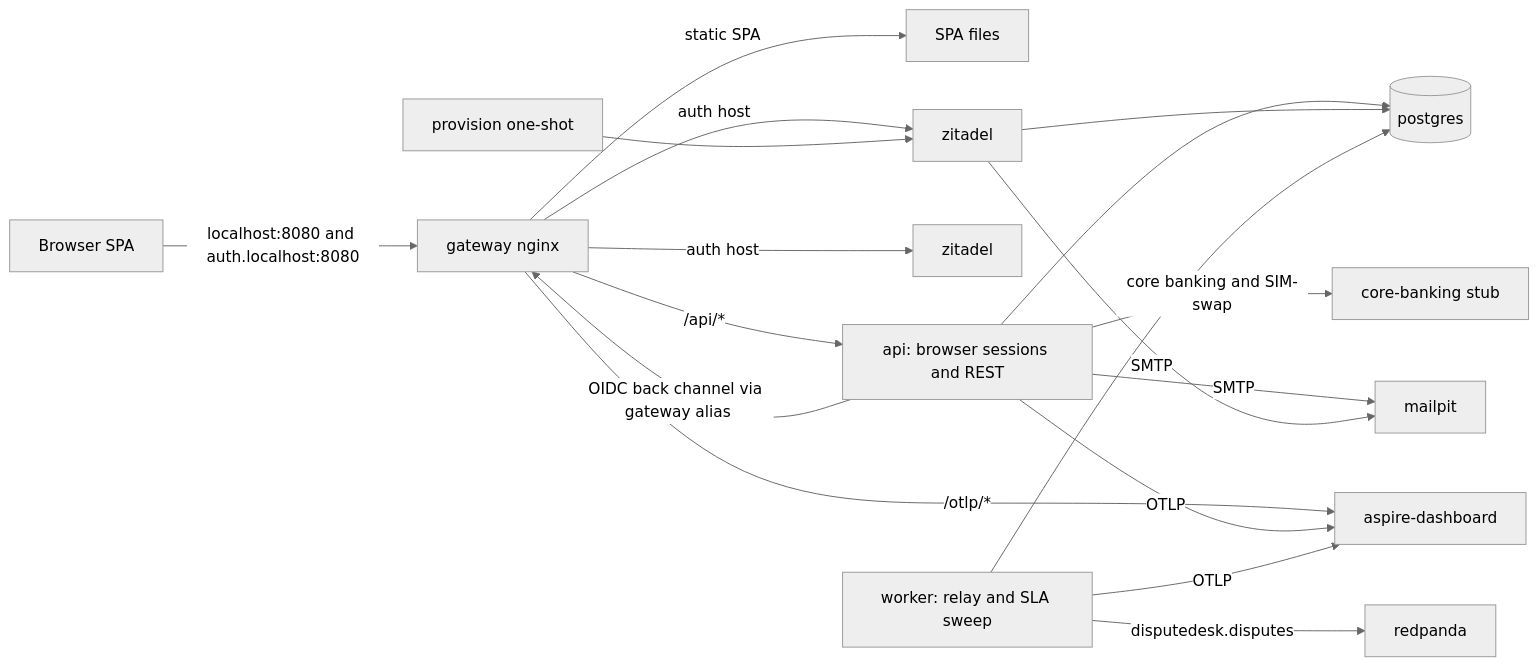
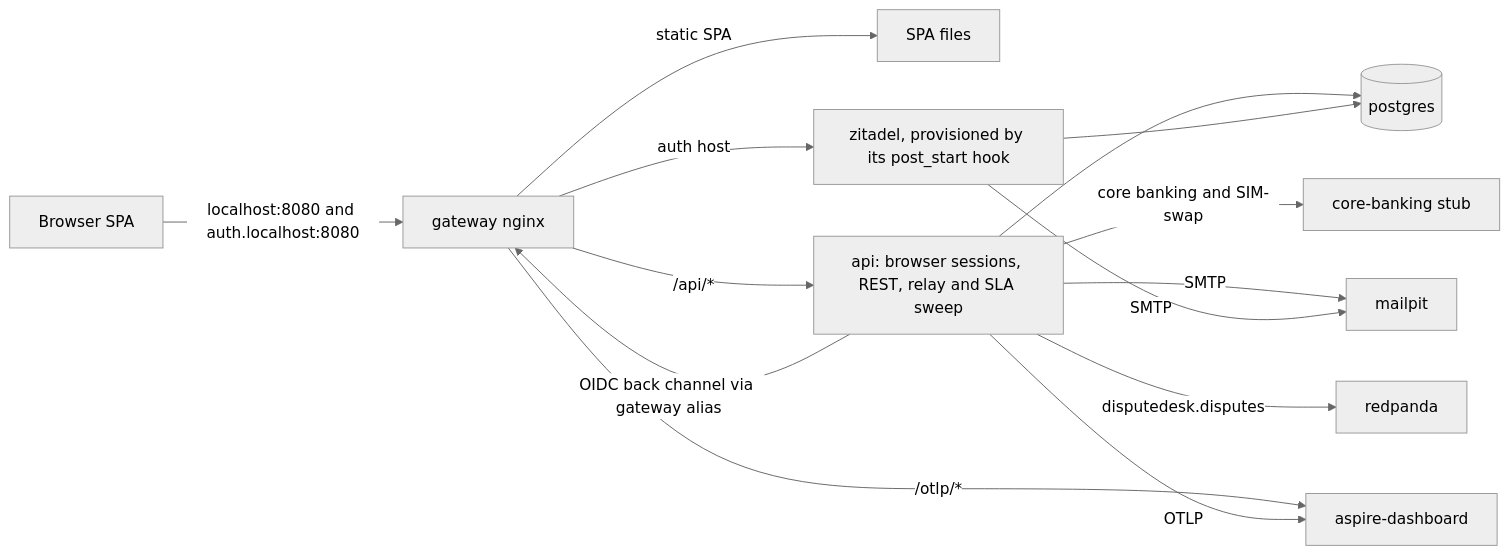
The second of 5 diagrams in docs/architecture/architecture.md (njabulozmnisi/disputedesk), drawn with Mermaid (neutral theme) before and after one commit. The commit also changed other lines of this file and 249 other files, not shown here.

First line of the commit message:
Stories merge through their pull request and the guard bounds the flow (#7)

````diff
--- a/docs/architecture/architecture.md
+++ b/docs/architecture/architecture.md
@@ -550,20 +556,16 @@
 ```mermaid
 flowchart LR
   B[Browser SPA] -->|localhost:8080 and auth.localhost:8080| GW[gateway nginx]
   GW -->|static SPA| SPA[SPA files]
-  GW -->|/api/*| API[api: browser sessions and REST]
+  GW -->|/api/*| API[api: browser sessions, REST, relay and SLA sweep]
   GW -->|/otlp/*| ASP[aspire-dashboard]
-  GW -->|auth host| ZL[zitadel]
-  GW -->|auth host| Z[zitadel]
+  GW -->|auth host| Z[zitadel, provisioned by its post_start hook]
   API -->|OIDC back channel via gateway alias| GW
   API --> PG[(postgres)]
   API -->|core banking and SIM-swap| CB[core-banking stub]
   API -->|SMTP| MP[mailpit]
+  API -->|disputedesk.disputes| RP[redpanda]
   Z --> PG
   Z -->|SMTP| MP
-  WK[worker: relay and SLA sweep] --> PG
-  WK -->|disputedesk.disputes| RP[redpanda]
   API -->|OTLP| ASP
-  WK -->|OTLP| ASP
-  PR[provision one-shot] --> Z
 ```
````
